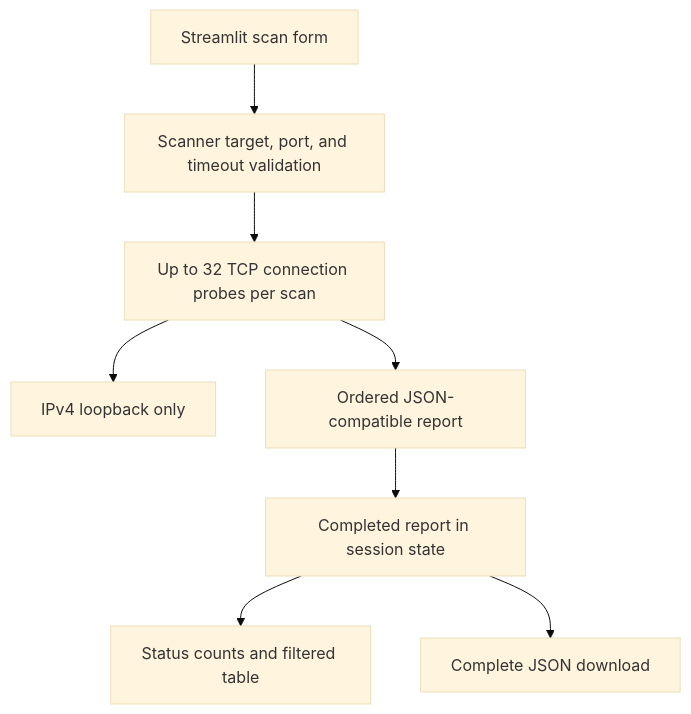
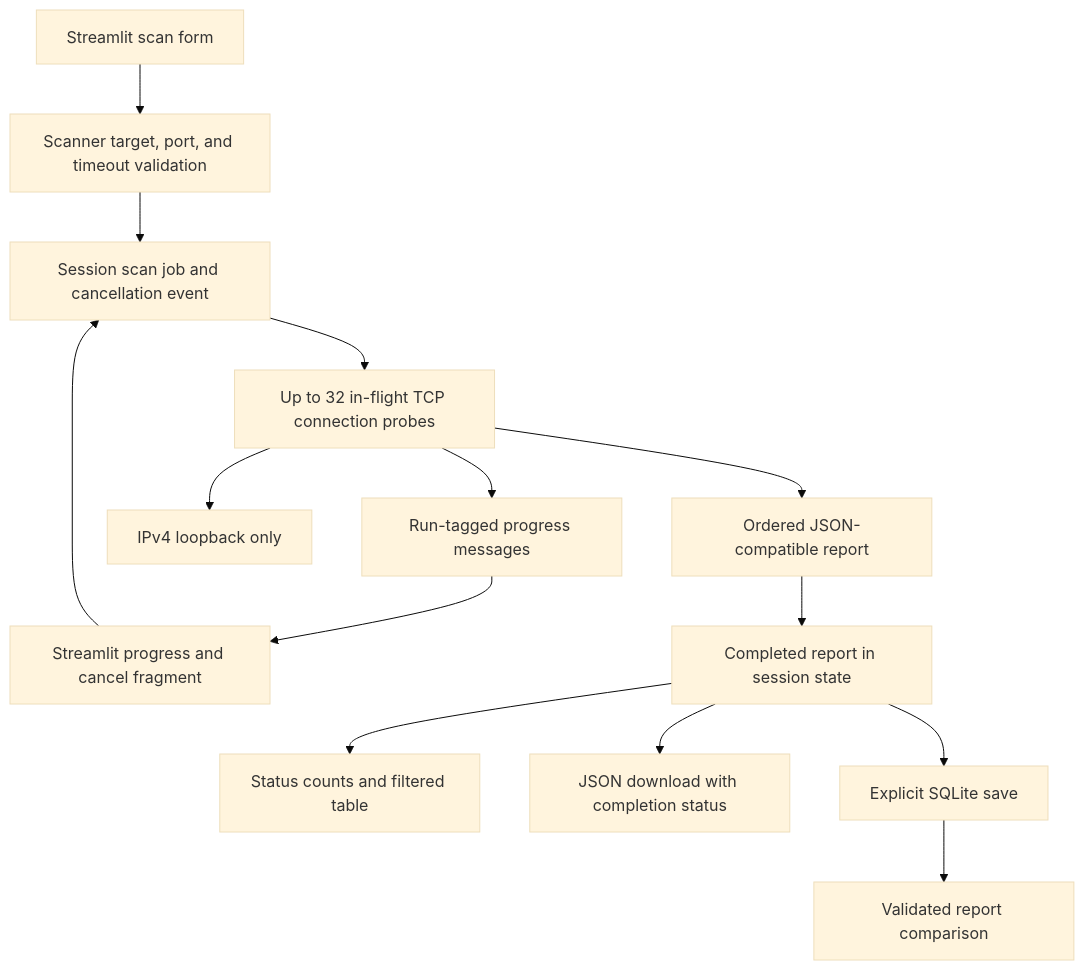
The diagram in docs/portfolio-demo.md (xavleflip/NetScope), drawn with Mermaid (base theme) before and after one commit. The commit also changed other lines of this file and 6 other files, not shown here.

````diff
--- a/docs/portfolio-demo.md
+++ b/docs/portfolio-demo.md
@@ -76,10 +76,16 @@
 ```mermaid
 flowchart TD
     form[Streamlit scan form] --> validation[Scanner target, port, and timeout validation]
-    validation --> probes[Up to 32 TCP connection probes per scan]
+    validation --> job[Session scan job and cancellation event]
+    job --> probes[Up to 32 in-flight TCP connection probes]
+    probes --> progress[Run-tagged progress messages]
+    progress --> fragment[Streamlit progress and cancel fragment]
+    fragment --> job
     probes --> loopback[IPv4 loopback only]
     probes --> report[Ordered JSON-compatible report]
     report --> session[Completed report in session state]
     session --> table[Status counts and filtered table]
-    session --> download[Complete JSON download]
+    session --> download[JSON download with completion status]
+    session --> history[Explicit SQLite save]
+    history --> compare[Validated report comparison]
 ```
````
